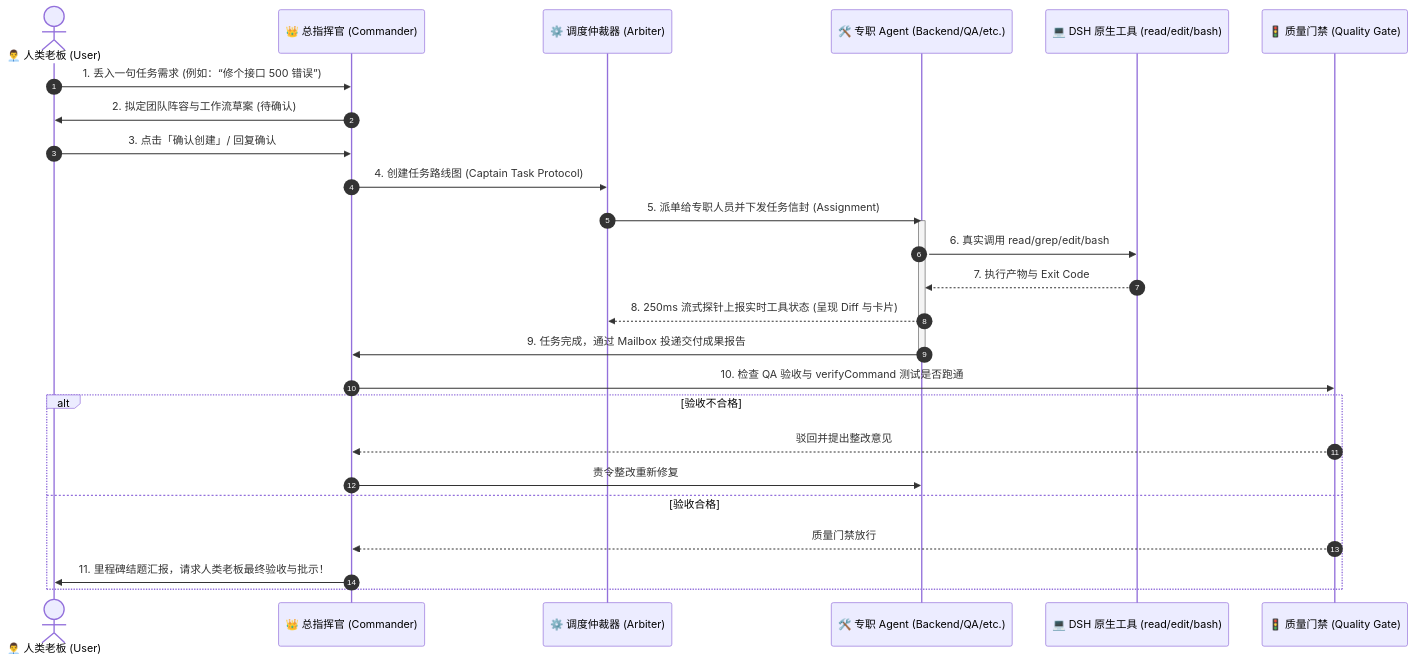
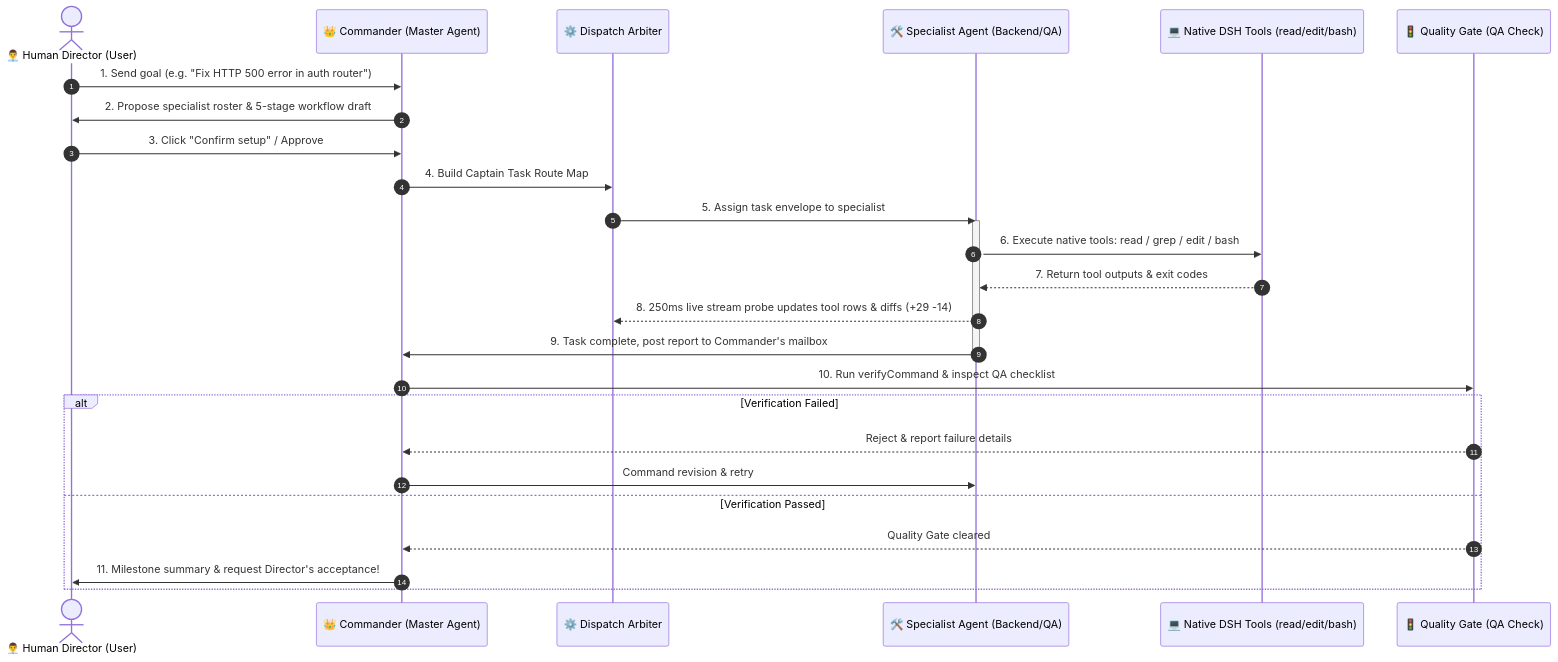
One commit to walke2019/DSH-Let-Them-Cook changed the diagram in README.md. Above: the diagram before and after it, drawn with Mermaid. The commit also changed other lines of this file and 1 other file, not shown here.

````diff
--- a/README.md
+++ b/README.md
@@ -111,30 +114,30 @@
 ```mermaid
 sequenceDiagram
     autonumber
-    actor Boss as 👨‍💼 人类老板 (User)
-    participant Cmd as 👑 总指挥官 (Commander)
-    participant Arbiter as ⚙️ 调度仲裁器 (Arbiter)
-    participant Sub as 🛠️ 专职 Agent (Backend/QA/etc.)
-    participant Tools as 💻 DSH 原生工具 (read/edit/bash)
-    participant Gate as 🚦 质量门禁 (Quality Gate)
+    actor Boss as 👨‍💼 Human Director (User)
+    participant Cmd as 👑 Commander (Master Agent)
+    participant Arbiter as ⚙️ Dispatch Arbiter
+    participant Sub as 🛠️ Specialist Agent (Backend/QA)
+    participant Tools as 💻 Native DSH Tools (read/edit/bash)
+    participant Gate as 🚦 Quality Gate (QA Check)
 
-    Boss->>Cmd: 1. 丢入一句任务需求 (例如：“修个接口 500 错误”)
-    Cmd->>Boss: 2. 拟定团队阵容与工作流草案 (待确认)
-    Boss->>Cmd: 3. 点击「确认创建」/ 回复确认
-    Cmd->>Arbiter: 4. 创建任务路线图 (Captain Task Protocol)
-    Arbiter->>Sub: 5. 派单给专职人员并下发任务信封 (Assignment)
+    Boss->>Cmd: 1. Send goal (e.g. "Fix HTTP 500 error in auth router")
+    Cmd->>Boss: 2. Propose specialist roster & 5-stage workflow draft
+    Boss->>Cmd: 3. Click "Confirm setup" / Approve
+    Cmd->>Arbiter: 4. Build Captain Task Route Map
+    Arbiter->>Sub: 5. Assign task envelope to specialist
     activate Sub
-    Sub->>Tools: 6. 真实调用 read/grep/edit/bash
-    Tools-->>Sub: 7. 执行产物与 Exit Code
-    Sub-->>Arbiter: 8. 250ms 流式探针上报实时工具状态 (呈现 Diff 与卡片)
-    Sub->>Cmd: 9. 任务完成，通过 Mailbox 投递交付成果报告
+    Sub->>Tools: 6. Execute native tools: read / grep / edit / bash
+    Tools-->>Sub: 7. Return tool outputs & exit codes
+    Sub-->>Arbiter: 8. 250ms live stream probe updates tool rows & diffs (+29 -14)
+    Sub->>Cmd: 9. Task complete, post report to Commander's mailbox
     deactivate Sub
-    Cmd->>Gate: 10. 检查 QA 验收与 verifyCommand 测试是否跑通
-    alt 验收不合格
-        Gate-->>Cmd: 驳回并提出整改意见
-        Cmd->>Sub: 责令整改重新修复
-    else 验收合格
-        Gate-->>Cmd: 质量门禁放行
-        Cmd->>Boss: 11. 里程碑结题汇报，请求人类老板最终验收与批示！
+    Cmd->>Gate: 10. Run verifyCommand & inspect QA checklist
+    alt Verification Failed
+        Gate-->>Cmd: Reject & report failure details
+        Cmd->>Sub: Command revision & retry
+    else Verification Passed
+        Gate-->>Cmd: Quality Gate cleared
+        Cmd->>Boss: 11. Milestone summary & request Director's acceptance!
     end
 ```
````
